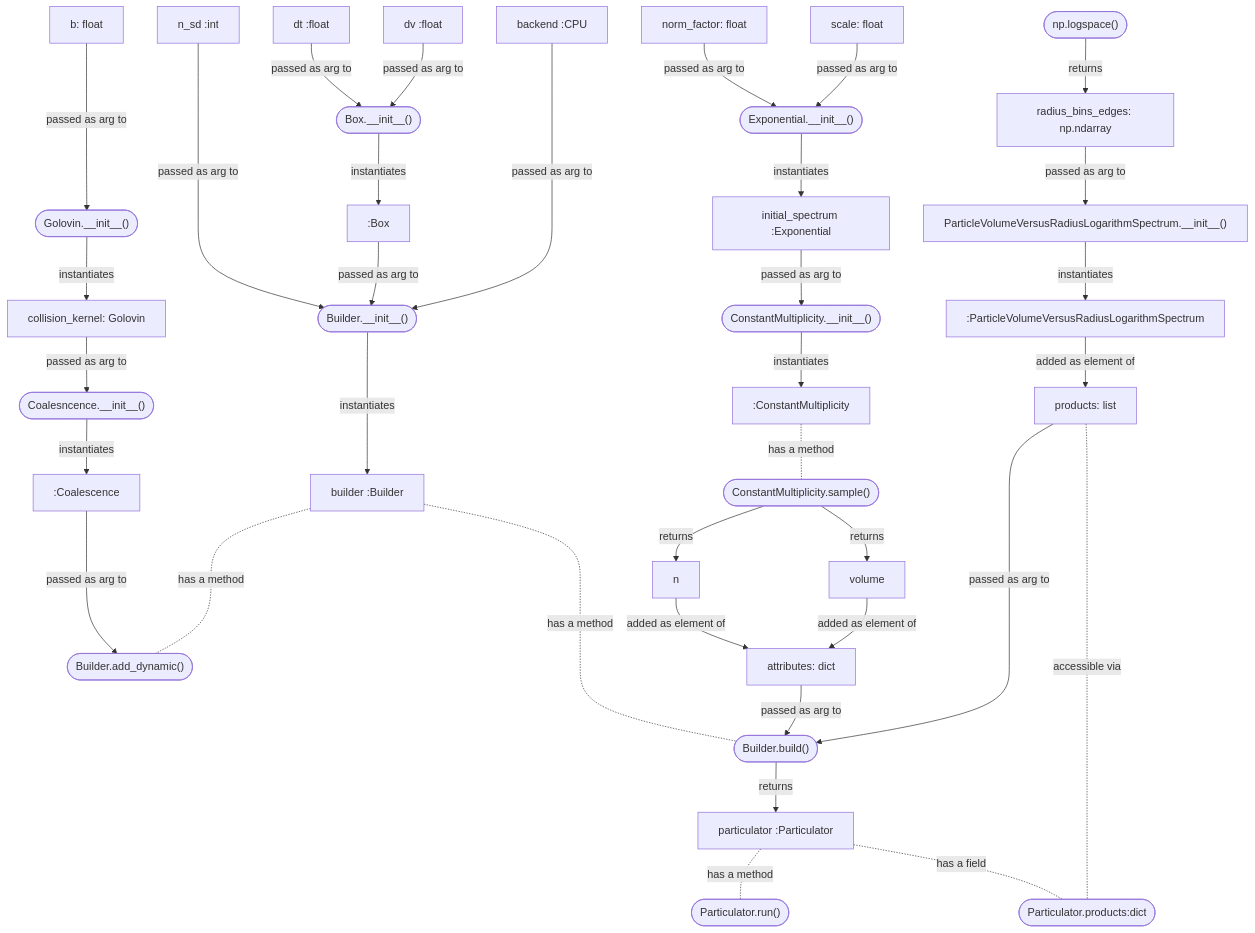
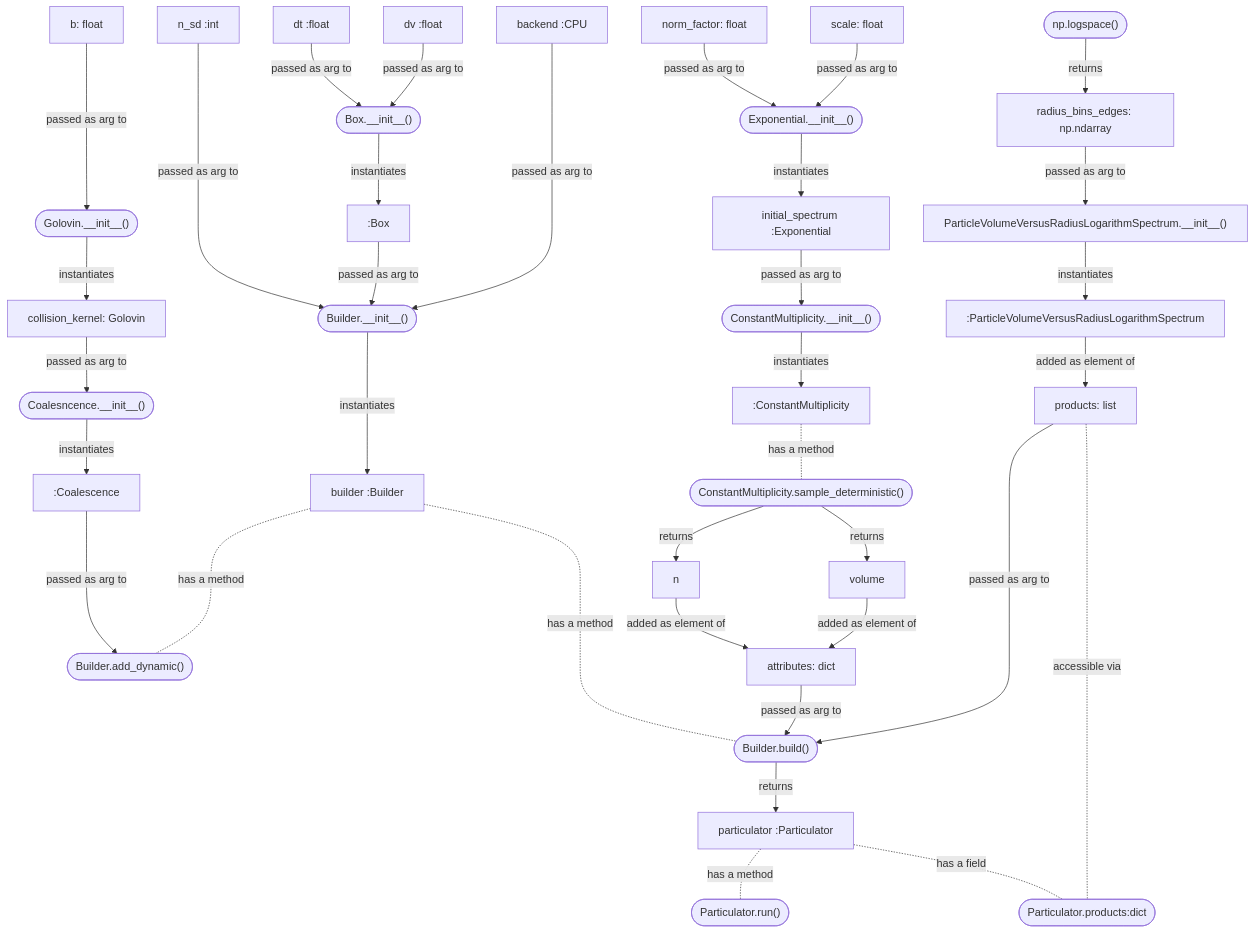
One commit to open-atmos/PySDM changed the first of 2 diagrams in docs/markdown/pysdm_landing.md. Above: the diagram before and after it, drawn with Mermaid. The commit also changed other lines of this file, not shown here.

````diff
--- a/docs/markdown/pysdm_landing.md
+++ b/docs/markdown/pysdm_landing.md
@@ -303,57 +303,57 @@
 ```mermaid
  graph
     COAL[":Coalescence"] --->|passed as arg to| BUILDER_ADD_DYN(["Builder.add_dynamic()"])
     BUILDER_INSTANCE["builder :Builder"] -...-|has a method| BUILDER_BUILD(["Builder.build()"])
     ATTRIBUTES[attributes: dict] -->|passed as arg to| BUILDER_BUILD
     N_SD["n_sd :int"] ---->|passed as arg to| BUILDER_INIT
     BUILDER_INIT(["Builder.__init__()"]) --->|instantiates| BUILDER_INSTANCE
     BUILDER_INSTANCE -..-|has a method| BUILDER_ADD_DYN(["Builder.add_dynamic()"])
     ENV_INIT(["Box.__init__()"]) -->|instantiates| ENV
     DT[dt :float] -->|passed as arg to| ENV_INIT
     DV[dv :float] -->|passed as arg to| ENV_INIT
     ENV[":Box"] -->|passed as arg to| BUILDER_INIT
     B["b: float"] --->|passed as arg to| KERNEL_INIT(["Golovin.__init__()"])
     KERNEL_INIT -->|instantiates| KERNEL
     KERNEL[collision_kernel: Golovin] -->|passed as arg to| COAL_INIT(["Coalesncence.__init__()"])
     COAL_INIT -->|instantiates| COAL
     PRODUCTS[products: list] ----->|passed as arg to| BUILDER_BUILD
     NORM_FACTOR[norm_factor: float]-->|passed as arg to| EXP_INIT
     SCALE[scale: float]-->|passed as arg to| EXP_INIT
     EXP_INIT(["Exponential.__init__()"]) -->|instantiates| IS
     IS["initial_spectrum :Exponential"] -->|passed as arg to| CM_INIT
     CM_INIT(["ConstantMultiplicity.__init__()"]) -->|instantiates| CM_INSTANCE
     CM_INSTANCE[":ConstantMultiplicity"] -.-|has a method| SAMPLE
-    SAMPLE(["ConstantMultiplicity.sample()"]) -->|returns| n
+    SAMPLE(["ConstantMultiplicity.sample_deterministic()"]) -->|returns| n
     SAMPLE -->|returns| volume
     n -->|added as element of| ATTRIBUTES
     PARTICULATOR_INSTANCE -.-|has a method| PARTICULATOR_RUN(["Particulator.run()"])
     volume -->|added as element of| ATTRIBUTES
     BUILDER_BUILD -->|returns| PARTICULATOR_INSTANCE["particulator :Particulator"]
     PARTICULATOR_INSTANCE -.-|has a field| PARTICULATOR_PROD(["Particulator.products:dict"])
     BACKEND_INSTANCE["backend :CPU"] ---->|passed as arg to| BUILDER_INIT
     PRODUCTS -.-|accessible via| PARTICULATOR_PROD
     NP_LOGSPACE(["np.logspace()"]) -->|returns| EDGES
     EDGES[radius_bins_edges: np.ndarray] -->|passed as arg to| SPECTRUM_INIT
     SPECTRUM_INIT["ParticleVolumeVersusRadiusLogarithmSpectrum.__init__()"] -->|instantiates| SPECTRUM
     SPECTRUM[":ParticleVolumeVersusRadiusLogarithmSpectrum"] -->|added as element of| PRODUCTS
 
     click COAL "https://open-atmos.github.io/PySDM/PySDM/dynamics/collisions/collision.html#Coalescence"
     click BUILDER_INSTANCE "https://open-atmos.github.io/PySDM/PySDM/builder.html"
     click BUILDER_INIT "https://open-atmos.github.io/PySDM/PySDM/builder.html"
     click BUILDER_ADD_DYN "https://open-atmos.github.io/PySDM/PySDM/builder.html"
     click ENV_INIT "https://open-atmos.github.io/PySDM/PySDM/environments.html"
     click ENV "https://open-atmos.github.io/PySDM/PySDM/environments.html"
     click KERNEL_INIT "https://open-atmos.github.io/PySDM/PySDM/dynamics/collisions/collision_kernels.html"
     click KERNEL "https://open-atmos.github.io/PySDM/PySDM/dynamics/collisions/collision_kernels.html"
     click EXP_INIT "https://open-atmos.github.io/PySDM/PySDM/initialisation/spectra.html"
     click IS "https://open-atmos.github.io/PySDM/PySDM/initialisation/spectra.html"
     click CM_INIT "https://open-atmos.github.io/PySDM/PySDM/initialisation/sampling/spectral_sampling.html"
     click CM_INSTANCE "https://open-atmos.github.io/PySDM/PySDM/initialisation/sampling/spectral_sampling.html"
     click SAMPLE "https://open-atmos.github.io/PySDM/PySDM/initialisation/sampling/spectral_sampling.html"
     click PARTICULATOR_INSTANCE "https://open-atmos.github.io/PySDM/PySDM/particulator.html"
     click BACKEND_INSTANCE "https://open-atmos.github.io/PySDM/PySDM/backends/numba.html"
     click BUILDER_BUILD "https://open-atmos.github.io/PySDM/PySDM/builder.html"
     click NP_LOGSPACE "https://numpy.org/doc/stable/reference/generated/numpy.logspace.html"
     click SPECTRUM_INIT "https://open-atmos.github.io/PySDM/PySDM/products/size_spectral/particle_volume_versus_radius_logarithm_spectrum.html"
     click SPECTRUM "https://open-atmos.github.io/PySDM/PySDM/products/size_spectral/particle_volume_versus_radius_logarithm_spectrum.html"
 ```
````
